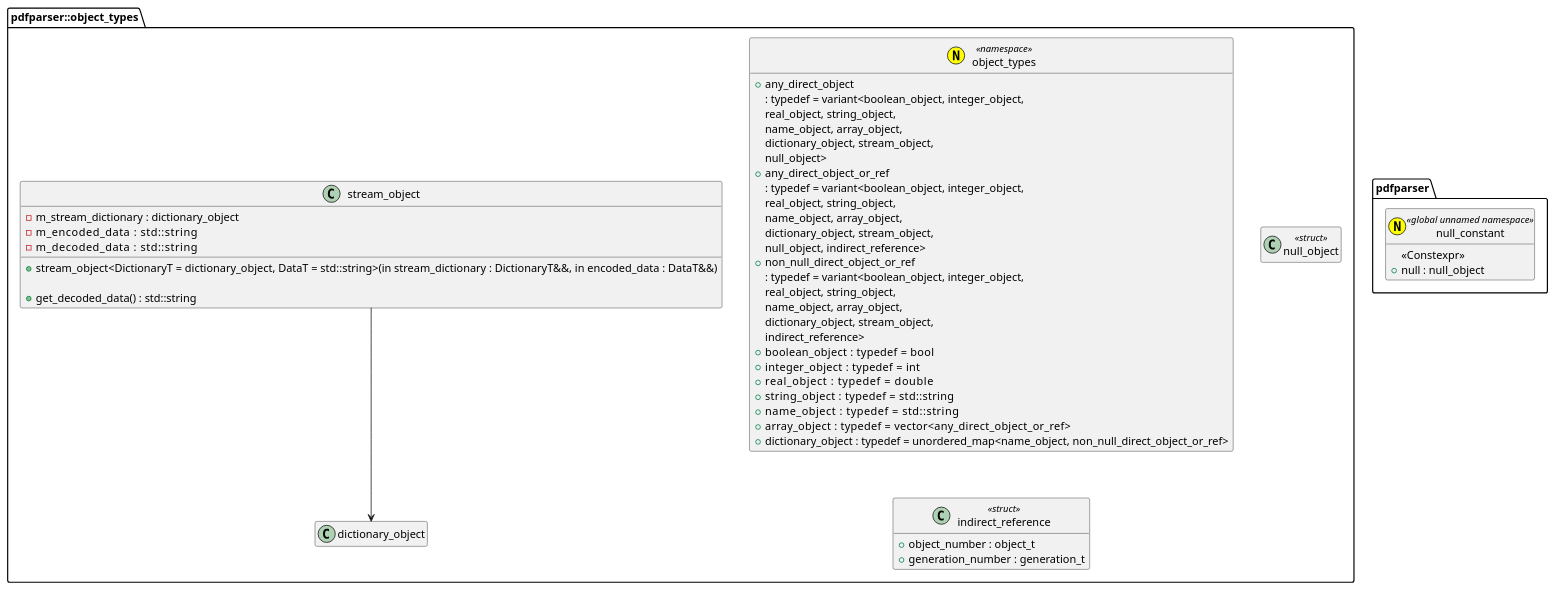
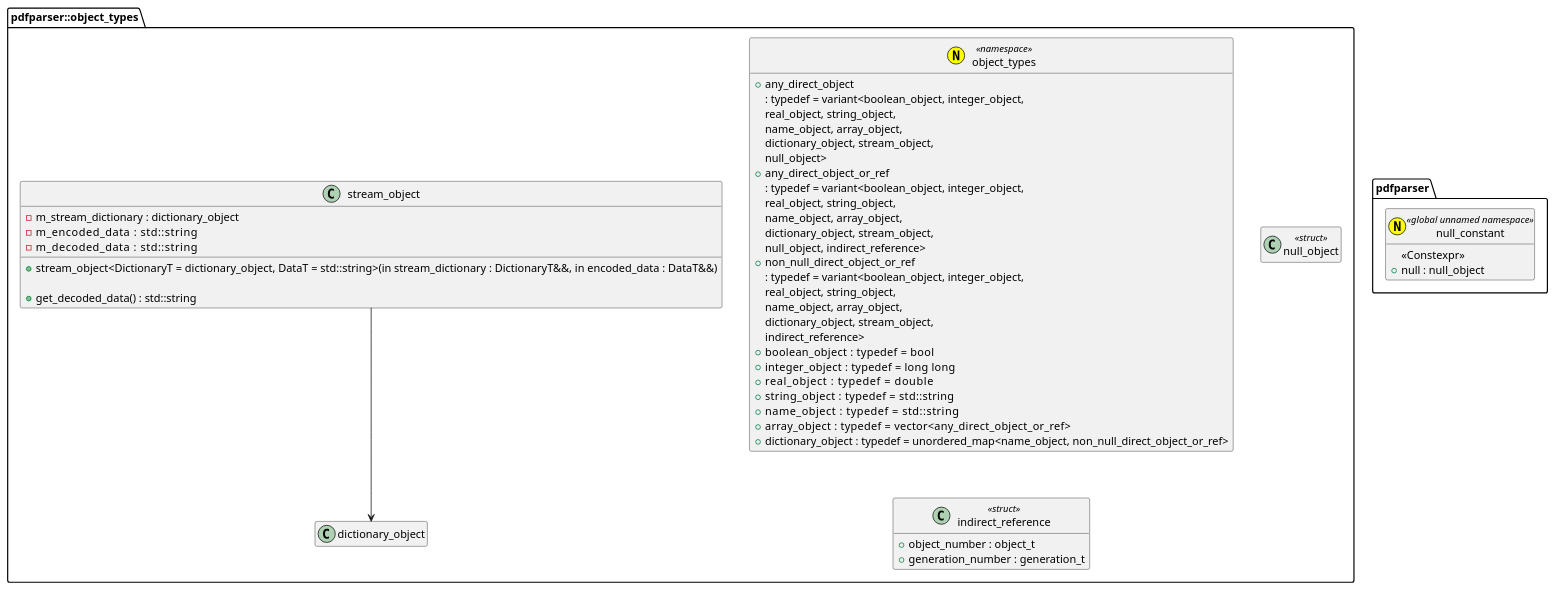
Before and after one commit to KodaiYM/PDFReader: the diagram in document/object_types.class.pu, drawn with PlantUML. The commit also changed 1 other file, not shown here.

Commit message:
integer_object への/からの変換時にオーバーフローチェックを追加

```diff
--- a/document/object_types.class.pu
+++ b/document/object_types.class.pu
@@ -1,55 +1,55 @@
 @startuml object_types
 hide empty members
 namespace pdfparser {
 annotation null_constant <<(N, yellow) global unnamed namespace>> {
 	<<Constexpr>>
 	+null : null_object
 }
 }
 namespace pdfparser::object_types {
 annotation object_types <<(N, yellow) namespace>> {
 	+any_direct_object
 	 : typedef = variant<boolean_object, integer_object,
 	                     real_object, string_object,
 	                     name_object, array_object,
 	                     dictionary_object, stream_object,
 	                     null_object>
 	+any_direct_object_or_ref
 	 : typedef = variant<boolean_object, integer_object,
 	                     real_object, string_object,
 	                     name_object, array_object,
 	                     dictionary_object, stream_object,
 	                     null_object, indirect_reference>
 	+non_null_direct_object_or_ref
 	 : typedef = variant<boolean_object, integer_object,
 	                     real_object, string_object,
 	                     name_object, array_object,
 	                     dictionary_object, stream_object,
 	                     indirect_reference>
 	+boolean_object    : typedef = bool
-	+integer_object    : typedef = int
+	+integer_object    : typedef = long long
 	+real_object       : typedef = double
 	+string_object     : typedef = std::string
 	+name_object       : typedef = std::string
 	+array_object      : typedef = vector<any_direct_object_or_ref>
 	+dictionary_object : typedef = unordered_map<name_object, non_null_direct_object_or_ref>
 }
 class null_object<<struct>>  {}
 
 class stream_object {
 	-m_stream_dictionary : dictionary_object
 	-m_encoded_data      : std::string
 	-m_decoded_data      : std::string
 
 	+stream_object<DictionaryT = dictionary_object, DataT = std::string>(in stream_dictionary : DictionaryT&&, in encoded_data : DataT&&)
 
 	+get_decoded_data() : std::string
 }
 stream_object --> dictionary_object
 
 class indirect_reference<<struct>> {
 	+object_number : object_t
 	+generation_number : generation_t
 }
 }
 @enduml
```
